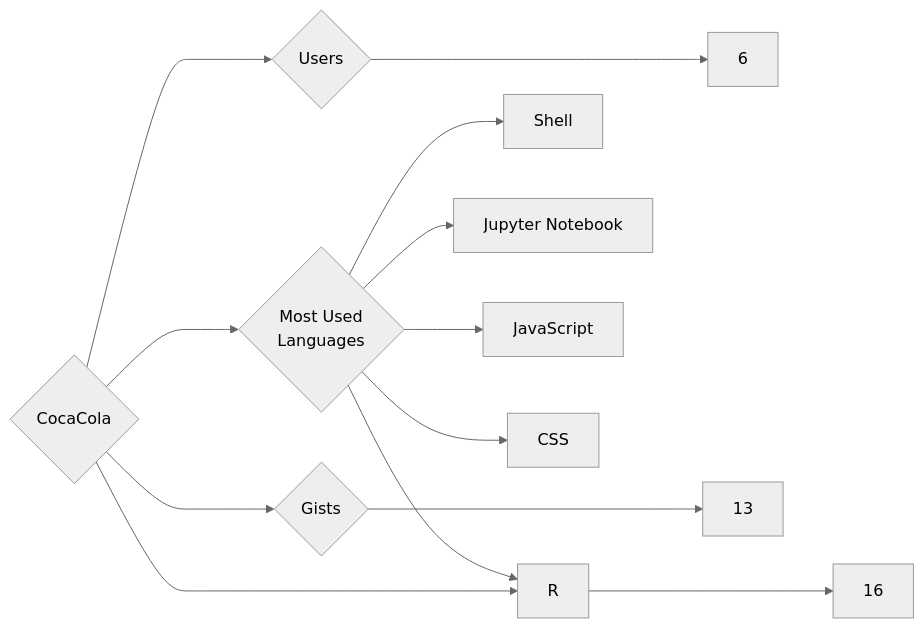
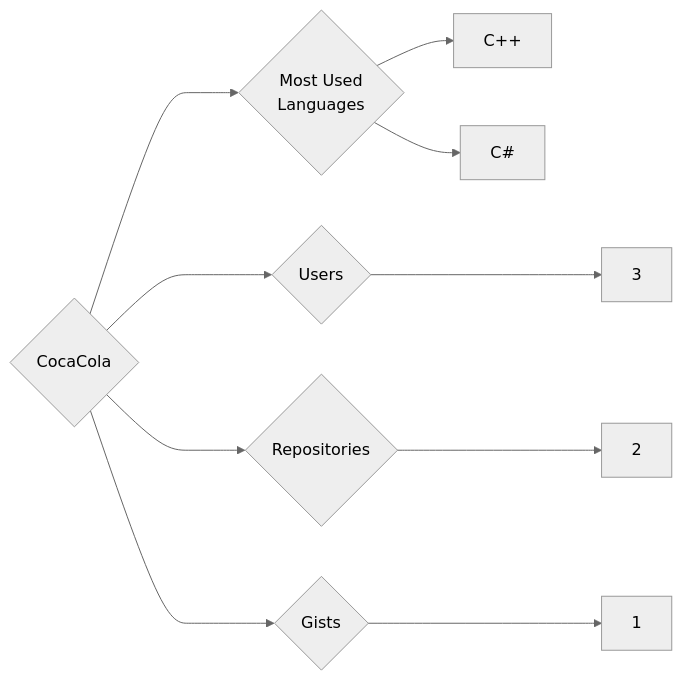
The diagram in targets/CocaCola/README.md (trickest/insiders), drawn with Mermaid (neutral theme) before and after one commit. The commit also changed 693 other files, not shown here.

````diff
--- a/targets/CocaCola/README.md
+++ b/targets/CocaCola/README.md
@@ -3,13 +3,10 @@
 ```mermaid
 graph LR
 COMPANY_NAME{CocaCola}
-COMPANY_NAME ---> U{Users} ---> UN[6]
-COMPANY_NAME ---> R{Repositories} ---> RN[16]
-COMPANY_NAME ---> G{Gists} ---> GN[13]
+COMPANY_NAME ---> U{Users} ---> UN[3]
+COMPANY_NAME ---> R{Repositories} ---> RN[2]
+COMPANY_NAME ---> G{Gists} ---> GN[1]
 COMPANY_NAME ---> ML{Most Used<br>Languages}
-ML --> Shell[Shell]
-ML --> R[R]
-ML --> Jupyter_Notebook[Jupyter Notebook]
-ML --> JavaScript[JavaScript]
-ML --> CSS[CSS]
+ML --> C++[C++]
+ML --> C#[C#]
 ```
````
